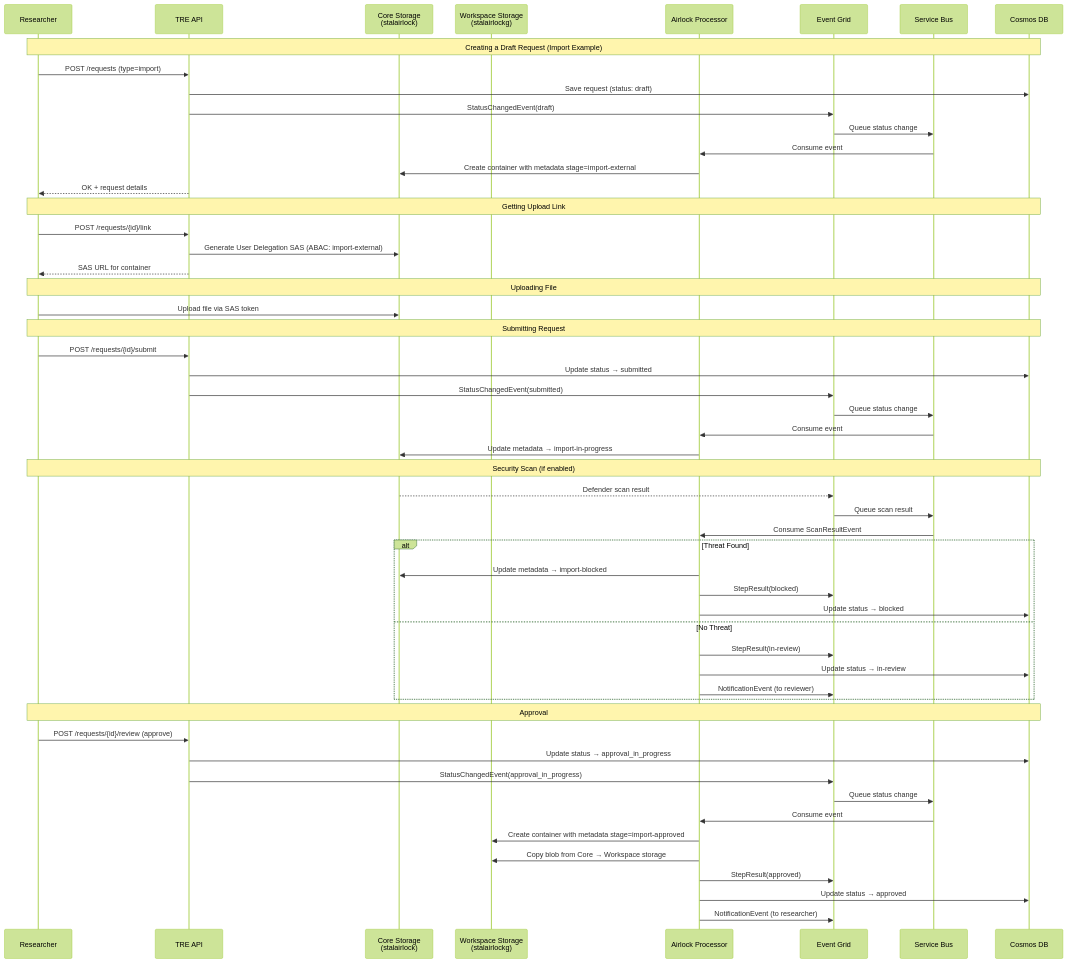
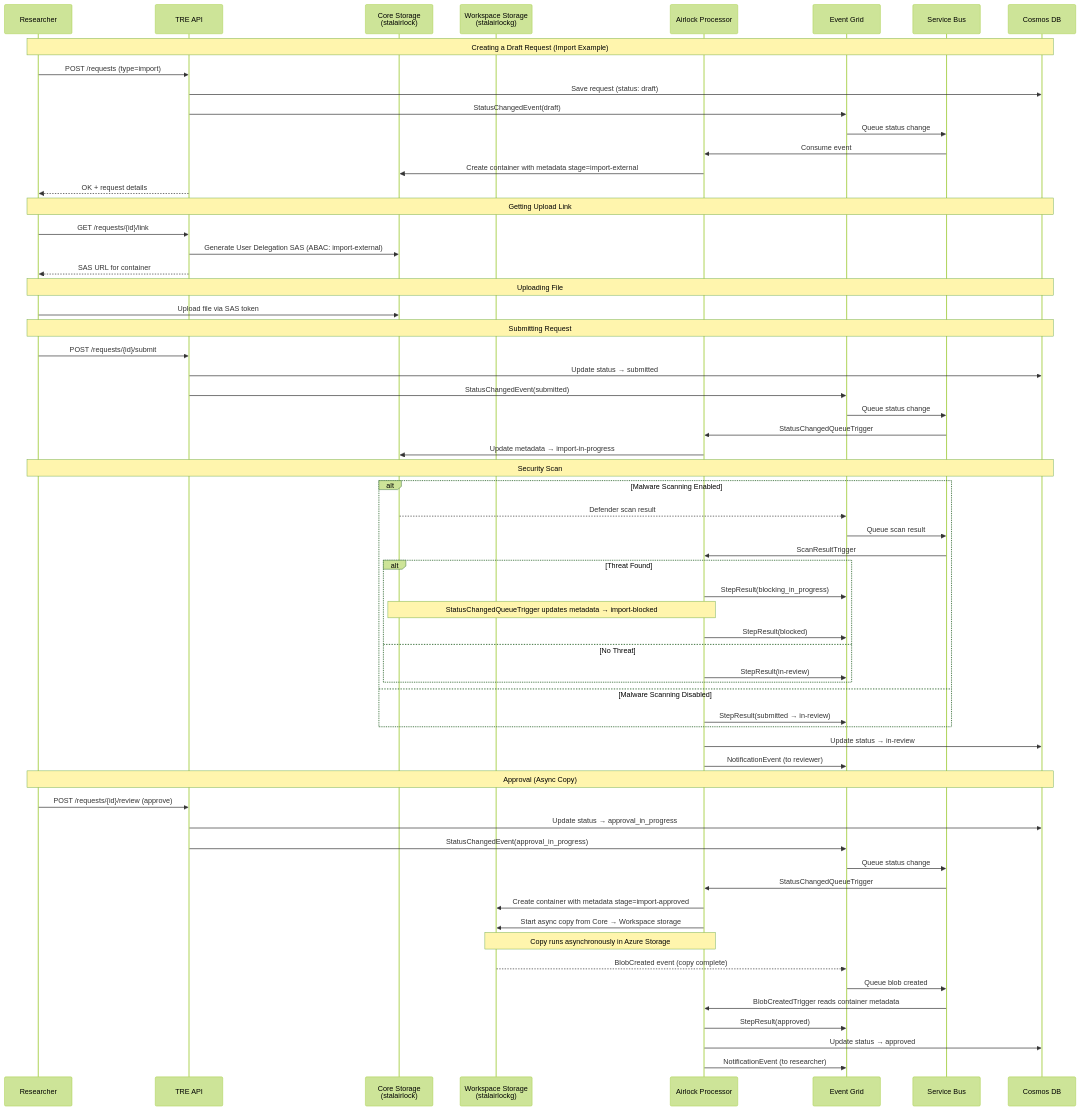
One commit to microsoft/AzureTRE changed the sixth of 7 diagrams in docs/azure-tre-overview/airlock.md. Above: the diagram before and after it, drawn with Mermaid (forest theme). The commit also changed other lines of this file and 13 other files, not shown here.

````diff
--- a/docs/azure-tre-overview/airlock.md
+++ b/docs/azure-tre-overview/airlock.md
@@ -381,63 +384,70 @@
 ```mermaid
 sequenceDiagram
     participant R as Researcher
     participant API as TRE API
     participant CS as Core Storage<br/>(stalairlock)
     participant WS as Workspace Storage<br/>(stalairlockg)
     participant AP as Airlock Processor
     participant EG as Event Grid
     participant SB as Service Bus
     participant DB as Cosmos DB
 
     Note over R,DB: Creating a Draft Request (Import Example)
     R->>API: POST /requests (type=import)
     API->>DB: Save request (status: draft)
     API->>EG: StatusChangedEvent(draft)
     EG->>SB: Queue status change
     SB->>AP: Consume event
     AP->>CS: Create container with metadata stage=import-external
     API-->>R: OK + request details
 
     Note over R,DB: Getting Upload Link
-    R->>API: POST /requests/{id}/link
+    R->>API: GET /requests/{id}/link
     API->>CS: Generate User Delegation SAS (ABAC: import-external)
     API-->>R: SAS URL for container
 
     Note over R,DB: Uploading File
     R->>CS: Upload file via SAS token
 
     Note over R,DB: Submitting Request
     R->>API: POST /requests/{id}/submit
     API->>DB: Update status → submitted
     API->>EG: StatusChangedEvent(submitted)
     EG->>SB: Queue status change
-    SB->>AP: Consume event
+    SB->>AP: StatusChangedQueueTrigger
     AP->>CS: Update metadata → import-in-progress
 
-    Note over R,DB: Security Scan (if enabled)
-    CS-->>EG: Defender scan result
-    EG->>SB: Queue scan result
-    SB->>AP: Consume ScanResultEvent
+    Note over R,DB: Security Scan
+    alt Malware Scanning Enabled
+        CS-->>EG: Defender scan result
+        EG->>SB: Queue scan result
+        SB->>AP: ScanResultTrigger
+        alt Threat Found
+            AP->>EG: StepResult(blocking_in_progress)
+            Note over AP,CS: StatusChangedQueueTrigger updates metadata → import-blocked
+            AP->>EG: StepResult(blocked)
+        else No Threat
+            AP->>EG: StepResult(in-review)
+        end
+    else Malware Scanning Disabled
+        AP->>EG: StepResult(submitted → in-review)
+    end
+    AP->>DB: Update status → in-review
+    AP->>EG: NotificationEvent (to reviewer)
 
-    alt Threat Found
-        AP->>CS: Update metadata → import-blocked
-        AP->>EG: StepResult(blocked)
-        AP->>DB: Update status → blocked
-    else No Threat
-        AP->>EG: StepResult(in-review)
-        AP->>DB: Update status → in-review
-        AP->>EG: NotificationEvent (to reviewer)
-    end
-
-    Note over R,DB: Approval
+    Note over R,DB: Approval (Async Copy)
     R->>API: POST /requests/{id}/review (approve)
     API->>DB: Update status → approval_in_progress
     API->>EG: StatusChangedEvent(approval_in_progress)
     EG->>SB: Queue status change
-    SB->>AP: Consume event
+    SB->>AP: StatusChangedQueueTrigger
     AP->>WS: Create container with metadata stage=import-approved
-    AP->>WS: Copy blob from Core → Workspace storage
+    AP->>WS: Start async copy from Core → Workspace storage
+    Note over AP,WS: Copy runs asynchronously in Azure Storage
+    WS-->>EG: BlobCreated event (copy complete)
+    EG->>SB: Queue blob created
+    SB->>AP: BlobCreatedTrigger reads container metadata
     AP->>EG: StepResult(approved)
     AP->>DB: Update status → approved
     AP->>EG: NotificationEvent (to researcher)
 ```
````
